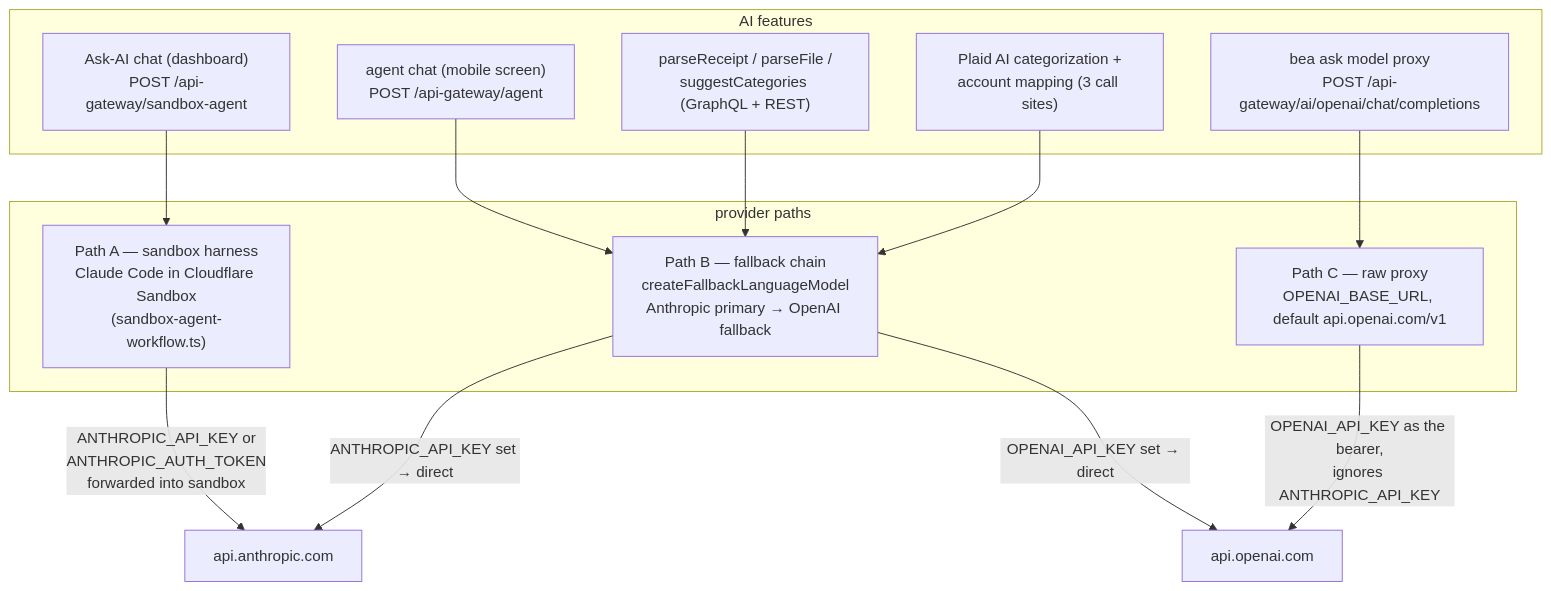
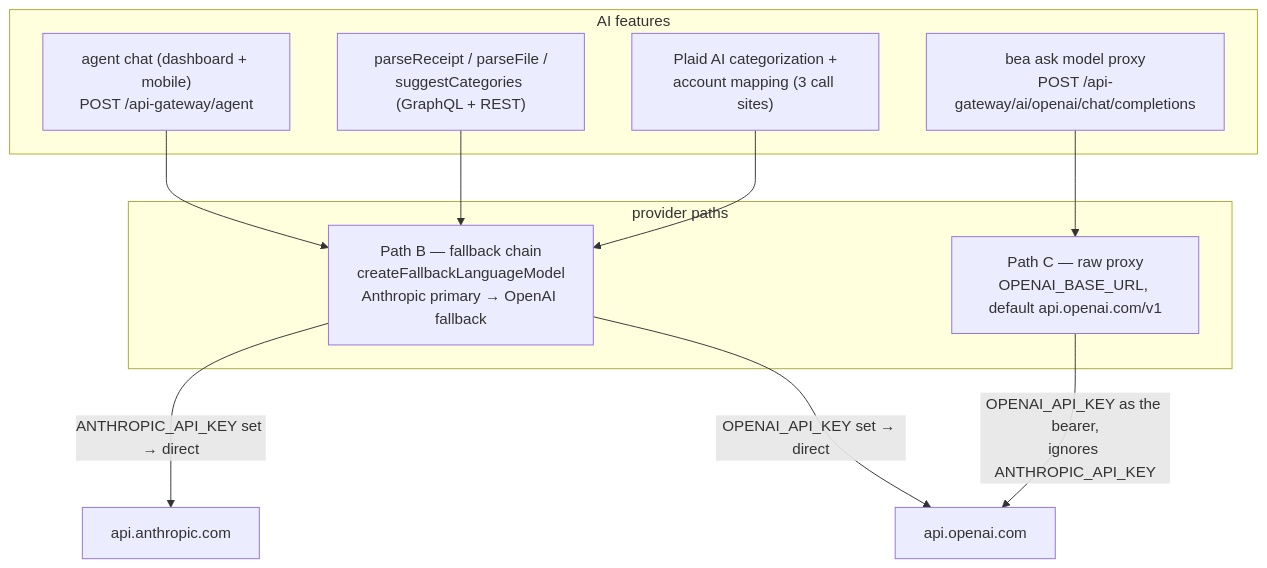
One commit to bex-co/beancount-io changed the diagram in docs/adrs/ADR011-backend-v2-ai-api-usage.md. Above: the diagram before and after it, drawn with Mermaid. The commit also changed other lines of this file and 239 other files, not shown here.

First line of the commit message:
refactor: remove the sandbox Ask-AI surface and its control plane

````diff
--- a/docs/adrs/ADR011-backend-v2-ai-api-usage.md
+++ b/docs/adrs/ADR011-backend-v2-ai-api-usage.md
@@ -13,30 +13,26 @@
 ```mermaid
 flowchart TB
   subgraph features["AI features"]
-    ask["Ask-AI chat (dashboard)\nPOST /api-gateway/sandbox-agent"]
-    agent["agent chat (mobile screen)\nPOST /api-gateway/agent"]
+    agent["agent chat (dashboard + mobile)\nPOST /api-gateway/agent"]
     receipt["parseReceipt / parseFile /\nsuggestCategories (GraphQL + REST)"]
     plaid["Plaid AI categorization +\naccount mapping (3 call sites)"]
     proxy["bea ask model proxy\nPOST /api-gateway/ai/openai/chat/completions"]
   end
 
   subgraph paths["provider paths"]
-    A["Path A — sandbox harness\nClaude Code in Cloudflare Sandbox\n(sandbox-agent-workflow.ts)"]
     B["Path B — fallback chain\ncreateFallbackLanguageModel\nAnthropic primary → OpenAI fallback"]
     C["Path C — raw proxy\nOPENAI_BASE_URL, default api.openai.com/v1"]
   end
 
   anthropic["api.anthropic.com"]
   openai["api.openai.com"]
 
-  ask --> A
   agent --> B
   receipt --> B
   plaid --> B
   proxy --> C
 
-  A -->|"ANTHROPIC_API_KEY or\nANTHROPIC_AUTH_TOKEN\nforwarded into sandbox"| anthropic
   B -->|"ANTHROPIC_API_KEY set → direct"| anthropic
   B -->|"OPENAI_API_KEY set → direct"| openai
   C -->|"OPENAI_API_KEY as the bearer,\nignores ANTHROPIC_API_KEY"| openai
 ```
````
